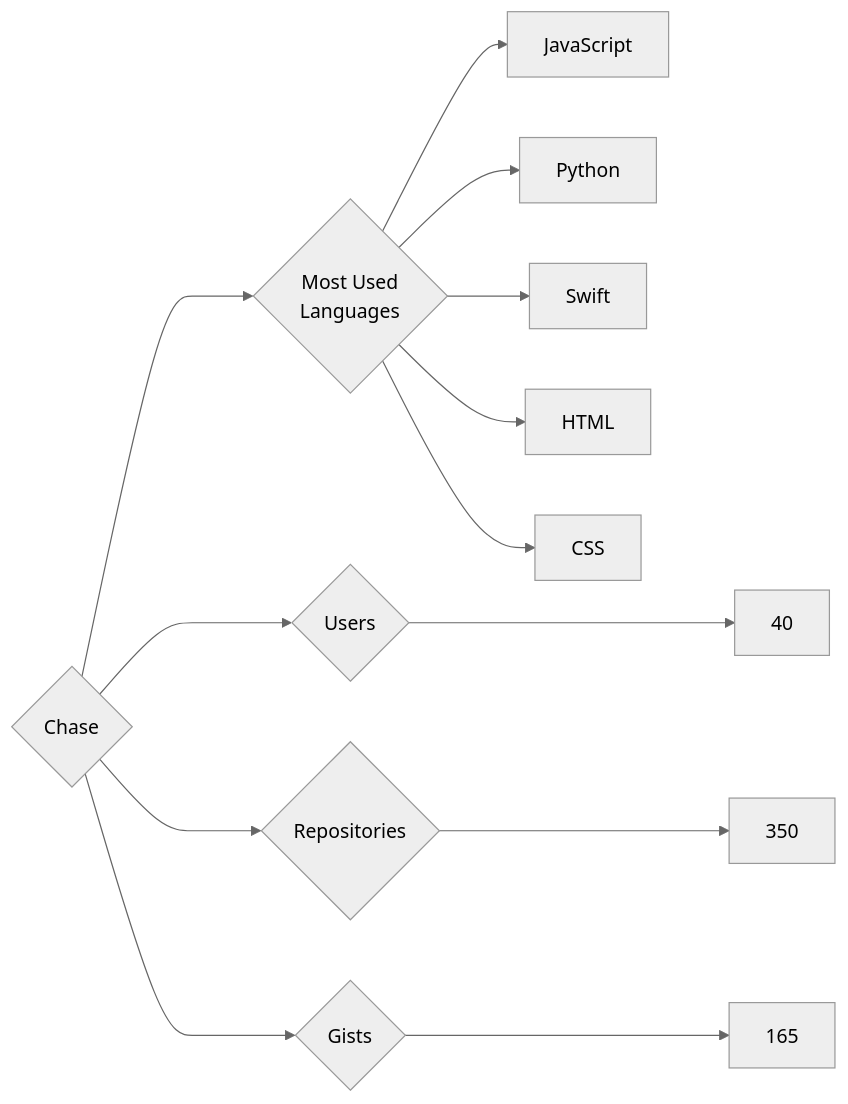
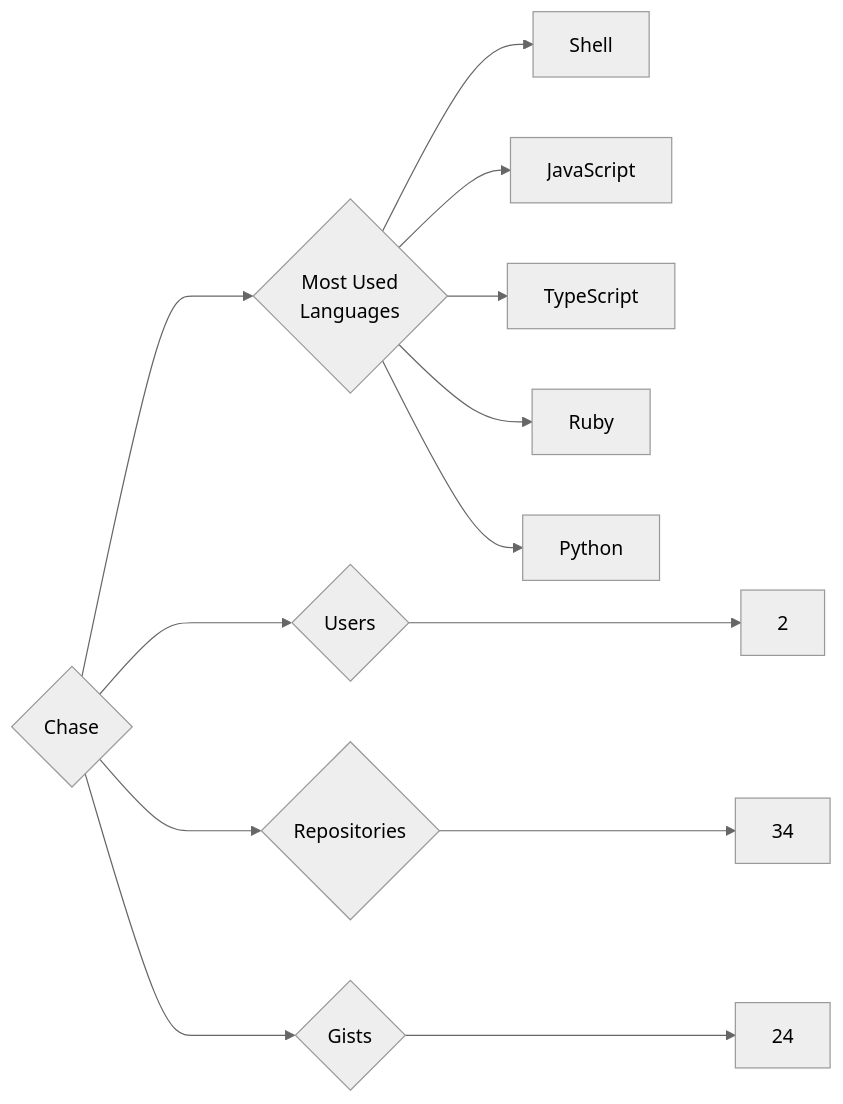
Before and after one commit to trickest/insiders: the diagram in targets/Chase/README.md, drawn with Mermaid (neutral theme). The commit also changed 629 other files, not shown here.

````diff
--- a/targets/Chase/README.md
+++ b/targets/Chase/README.md
@@ -3,13 +3,13 @@
 ```mermaid
 graph LR
 COMPANY_NAME{Chase}
-COMPANY_NAME ---> U{Users} ---> UN[40]
-COMPANY_NAME ---> R{Repositories} ---> RN[350]
-COMPANY_NAME ---> G{Gists} ---> GN[165]
+COMPANY_NAME ---> U{Users} ---> UN[2]
+COMPANY_NAME ---> R{Repositories} ---> RN[34]
+COMPANY_NAME ---> G{Gists} ---> GN[24]
 COMPANY_NAME ---> ML{Most Used<br>Languages}
+ML --> Shell[Shell]
 ML --> JavaScript[JavaScript]
+ML --> TypeScript[TypeScript]
+ML --> Ruby[Ruby]
 ML --> Python[Python]
-ML --> Swift[Swift]
-ML --> HTML[HTML]
-ML --> CSS[CSS]
 ```
````
